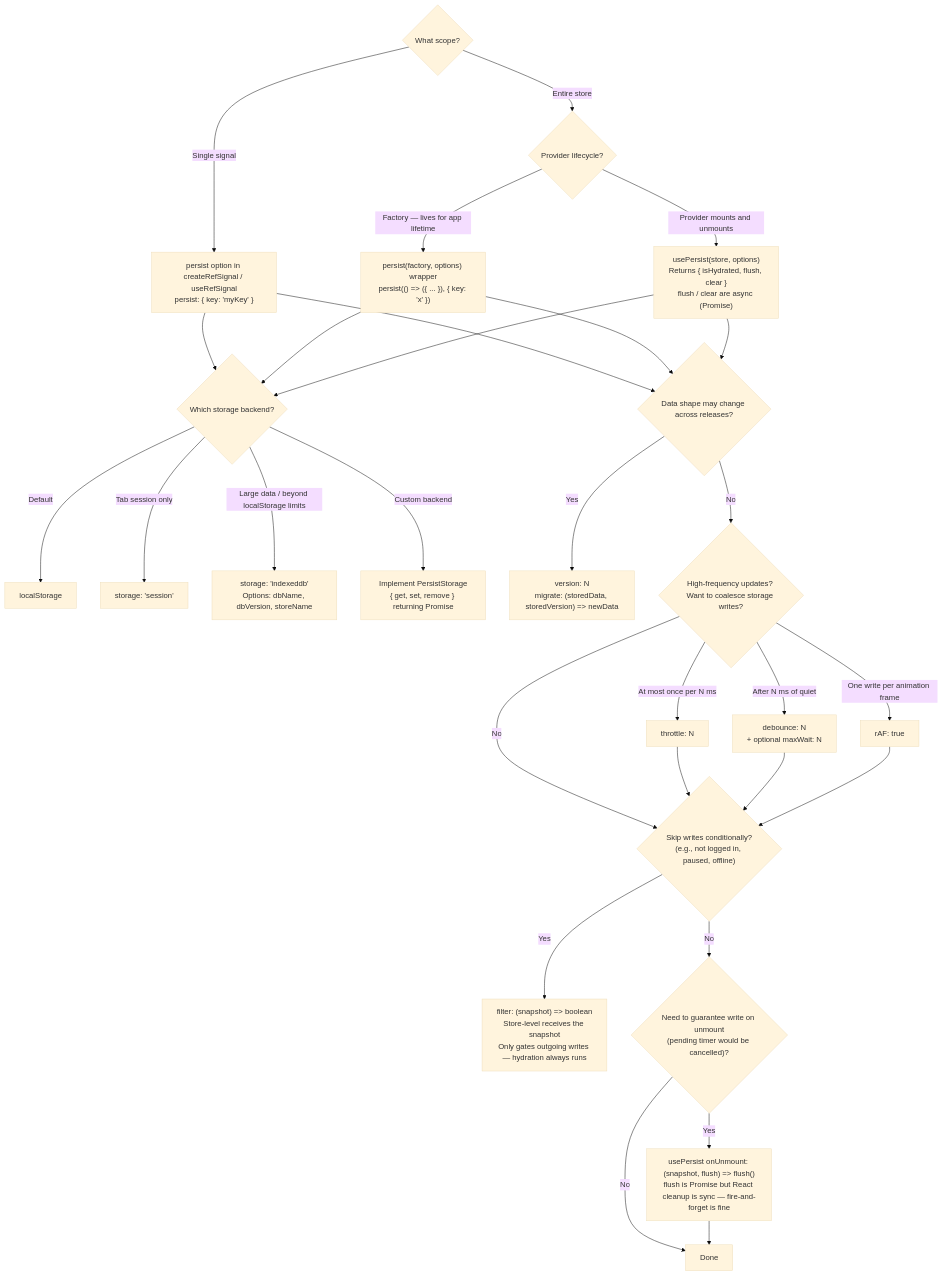
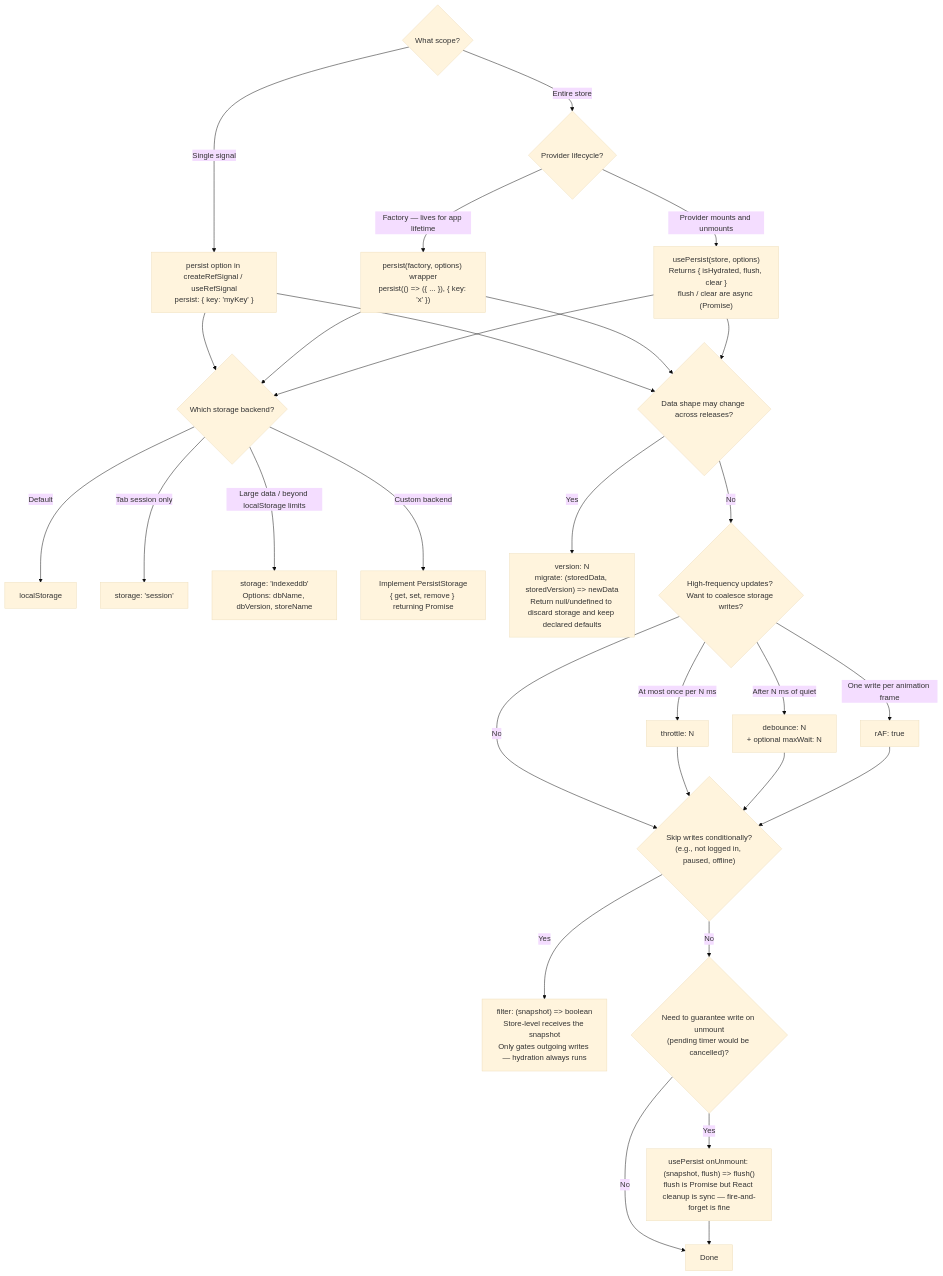
One commit to jav974/react-refsignal changed the ninth of 11 diagrams in docs/decision-tree.md. Above: the diagram before and after it, drawn with Mermaid (base theme). The commit also changed other lines of this file and 1 other file, not shown here.

````diff
--- a/docs/decision-tree.md
+++ b/docs/decision-tree.md
@@ -204,36 +204,36 @@
 ```mermaid
 flowchart TD
     Q1{"What scope?"}
 
     Q1 -->|Single signal| A["persist option in createRefSignal / useRefSignal\npersist: { key: 'myKey' }"]
     Q1 -->|Entire store| Q2{"Provider lifecycle?"}
 
     Q2 -->|"Factory — lives for app lifetime"| B["persist(factory, options) wrapper\npersist(() => ({ ... }), { key: 'x' })"]
     Q2 -->|Provider mounts and unmounts| C["usePersist(store, options)\nReturns { isHydrated, flush, clear }\nflush / clear are async (Promise<void>)"]
 
     A & B & C --> Q3{"Which storage backend?"}
     Q3 -->|Default| D["localStorage"]
     Q3 -->|Tab session only| E["storage: 'session'"]
     Q3 -->|"Large data / beyond localStorage limits"| F["storage: 'indexeddb'\nOptions: dbName, dbVersion, storeName"]
     Q3 -->|Custom backend| G["Implement PersistStorage\n{ get, set, remove } returning Promise"]
 
     A & B & C --> Q4{"Data shape may change across releases?"}
-    Q4 -->|Yes| H["version: N\nmigrate: (storedData, storedVersion) => newData"]
+    Q4 -->|Yes| H["version: N\nmigrate: (storedData, storedVersion) => newData\nReturn null/undefined to discard storage and keep declared defaults"]
     Q4 -->|No| Q5
 
     Q5{"High-frequency updates? Want to coalesce storage writes?"}
     Q5 -->|No| Qf
     Q5 -->|"At most once per N ms"| J["throttle: N"]
     Q5 -->|"After N ms of quiet"| K["debounce: N\n+ optional maxWait: N"]
     Q5 -->|"One write per animation frame"| L["rAF: true"]
 
     J & K & L --> Qf
     Qf{"Skip writes conditionally?\n(e.g., not logged in, paused, offline)"}
     Qf -->|Yes| Fi["filter: (snapshot) => boolean\nStore-level receives the snapshot\nOnly gates outgoing writes — hydration always runs"]
     Qf -->|No| Q6
 
     Q6{"Need to guarantee write on unmount\n(pending timer would be cancelled)?"}
     Q6 -->|No| I[Done]
     Q6 -->|Yes| M["usePersist onUnmount: (snapshot, flush) => flush()\nflush is Promise<void> but React cleanup is sync — fire-and-forget is fine"]
     M --> I
 ```
````
